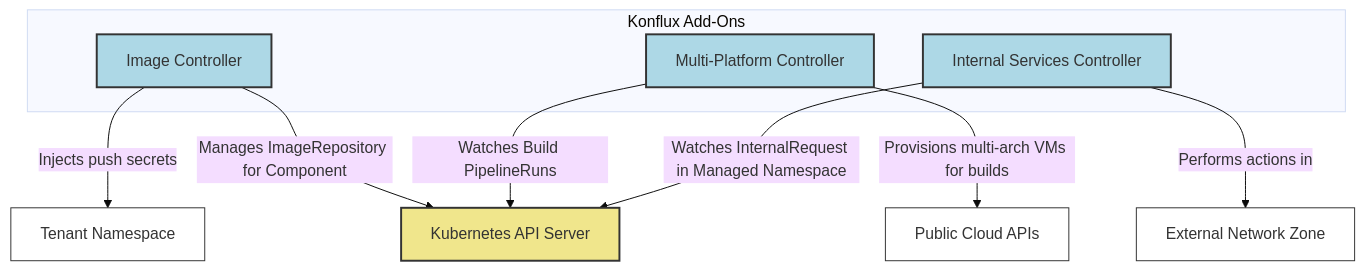
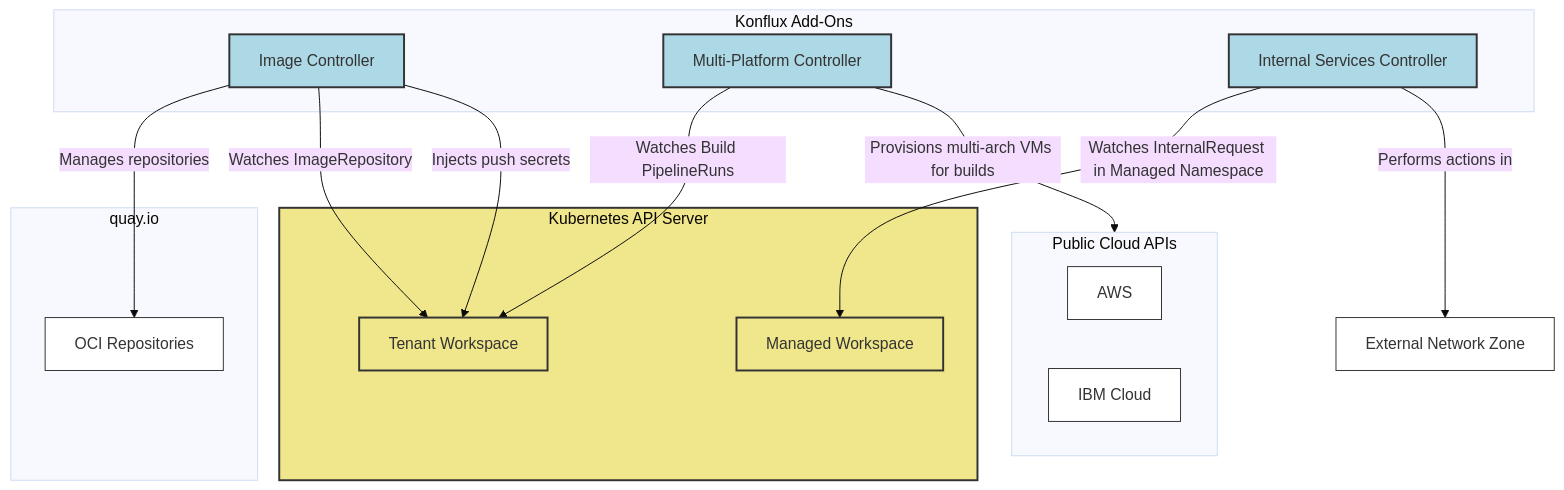
One commit to konflux-ci/architecture changed the second of 2 diagrams in architecture/add-ons/index.md. Above: the diagram before and after it, drawn with Mermaid (base theme). The commit also changed 1 other file, not shown here.

Commit message:
Expand system context

````diff
--- a/architecture/add-ons/index.md
+++ b/architecture/add-ons/index.md
@@ -90,23 +90,41 @@
 ```mermaid
 graph TD
     subgraph Konflux Add-Ons
         IC[Image Controller]
         MPC[Multi-Platform Controller]
         ISC[Internal Services Controller]
     end
 
-    IC -- Manages ImageRepository for Component --> KubeAPI[Kubernetes API Server]
-    IC -- Injects push secrets --> TenantNS[Tenant Namespace]
-    MPC -- Provisions multi-arch VMs for builds --> CloudAPIs[Public Cloud APIs]
-    MPC -- Watches Build PipelineRuns --> KubeAPI
-    ISC -- Watches InternalRequest in Managed Namespace --> KubeAPI
+    subgraph quayio[quay.io]
+        OCI[OCI Repositories]
+    end
+
+    subgraph cloudapis[Public Cloud APIs]
+        AWS[AWS]
+        IBM[IBM Cloud]
+    end
+
+    subgraph kubeapi[Kubernetes API Server]
+        TW[Tenant Workspace]
+        MW[Managed Workspace]
+    end
+
+    IC -- Manages repositories --> OCI
+    IC -- Watches ImageRepository --> TW
+    IC -- Injects push secrets --> TW
+    MPC -- Provisions multi-arch VMs for builds --> cloudapis
+    MPC -- Watches Build PipelineRuns --> TW
+    ISC -- Watches InternalRequest in Managed Namespace --> MW
     ISC -- Performs actions in --> EXT[External Network Zone]
 
     style IC fill:#add8e6,stroke:#333,stroke-width:2px;
     style MPC fill:#add8e6,stroke:#333,stroke-width:2px;
     style ISC fill:#add8e6,stroke:#333,stroke-width:2px;
-    style KubeAPI fill:#f0e68c,stroke:#333,stroke-width:2px;
-    style TenantNS fill:#fff,stroke:#333,stroke-width:1px;
-    style CloudAPIs fill:#fff,stroke:#333,stroke-width:1px;
+    style kubeapi fill:#f0e68c,stroke:#333,stroke-width:2px;
+    style TW fill:#f0e68c,stroke:#333,stroke-width:2px;
+    style MW fill:#f0e68c,stroke:#333,stroke-width:2px;
+    style AWS fill:#fff,stroke:#333,stroke-width:1px;
+    style IBM fill:#fff,stroke:#333,stroke-width:1px;
     style EXT fill:#fff,stroke:#333,stroke-width:1px;
+    style OCI fill:#fff,stroke:#333,stroke-width:1px;
 ```
````
